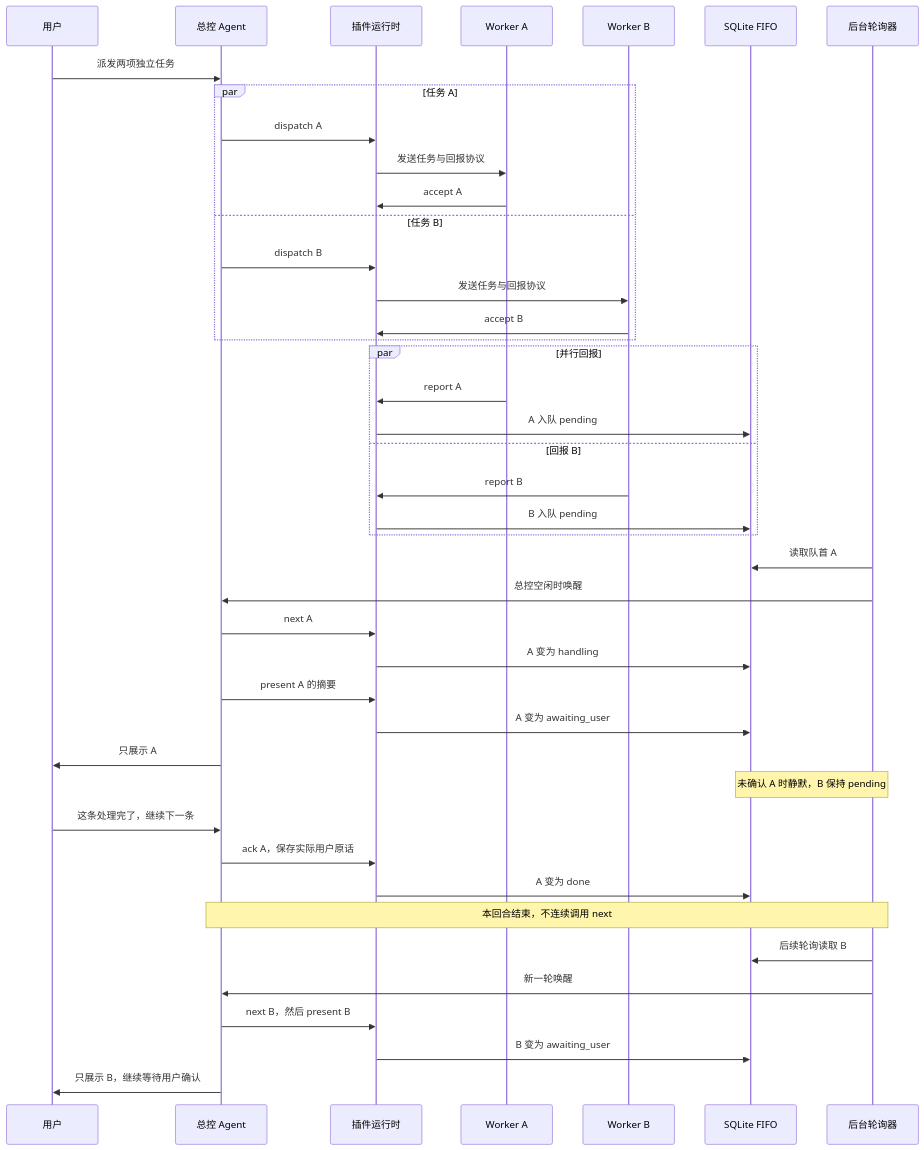
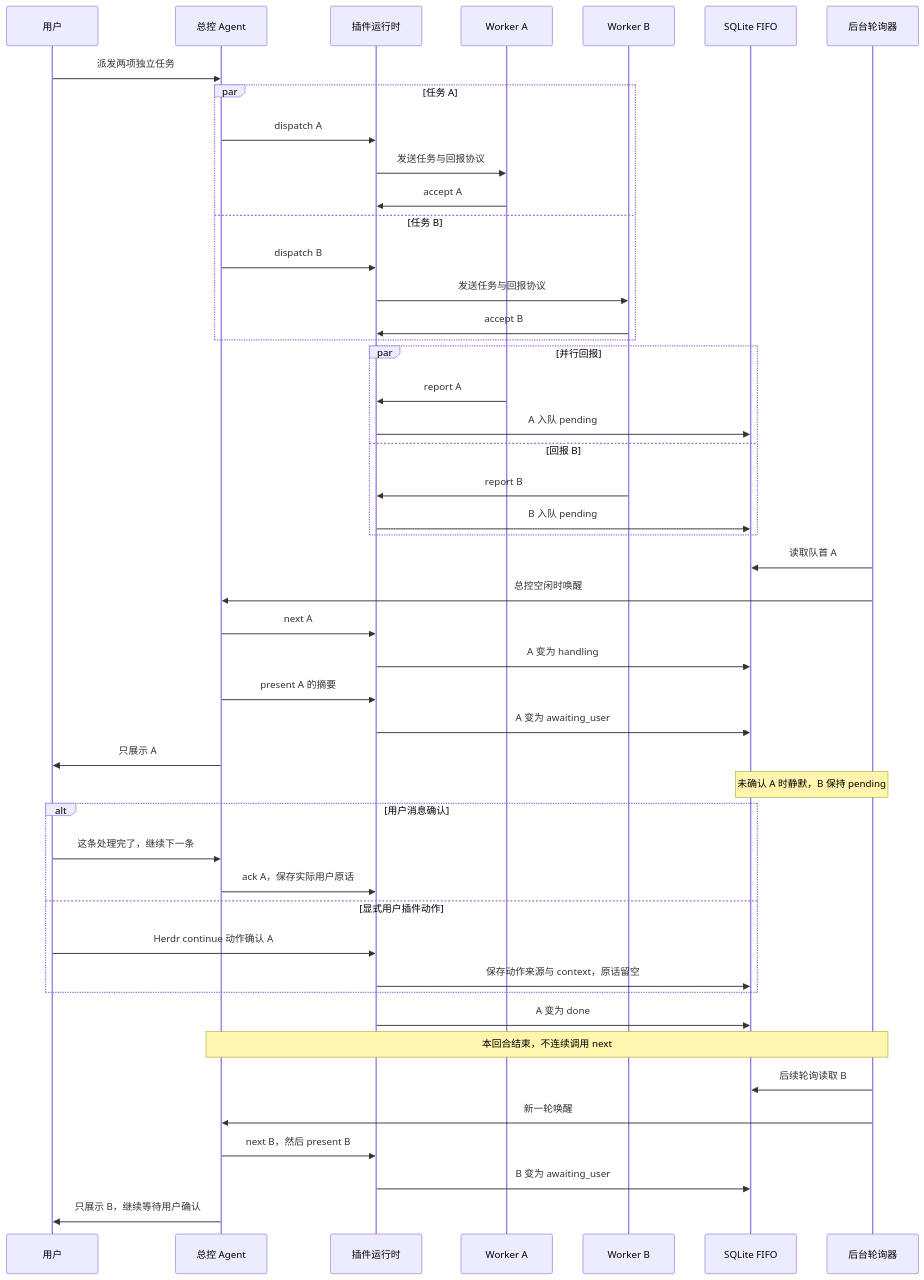
One commit to MarvelXXX/herdr-orchestrator-plugin changed the second of 2 diagrams in README.md. Above: the diagram before and after it, drawn with Mermaid. The commit also changed other lines of this file and 9 other files, not shown here.

````diff
--- a/README.md
+++ b/README.md
@@ -100,44 +140,49 @@
 ```mermaid
 sequenceDiagram
     participant User as 用户
     participant Coordinator as 总控 Agent
     participant Runtime as 插件运行时
     participant WorkerA as Worker A
     participant WorkerB as Worker B
     participant Queue as SQLite FIFO
     participant Poller as 后台轮询器
     User->>Coordinator: 派发两项独立任务
     par 任务 A
         Coordinator->>Runtime: dispatch A
         Runtime->>WorkerA: 发送任务与回报协议
         WorkerA->>Runtime: accept A
     and 任务 B
         Coordinator->>Runtime: dispatch B
         Runtime->>WorkerB: 发送任务与回报协议
         WorkerB->>Runtime: accept B
     end
     par 并行回报
         WorkerA->>Runtime: report A
         Runtime->>Queue: A 入队 pending
     and 回报 B
         WorkerB->>Runtime: report B
         Runtime->>Queue: B 入队 pending
     end
     Poller->>Queue: 读取队首 A
     Poller->>Coordinator: 总控空闲时唤醒
     Coordinator->>Runtime: next A
     Runtime->>Queue: A 变为 handling
     Coordinator->>Runtime: present A 的摘要
     Runtime->>Queue: A 变为 awaiting_user
     Coordinator->>User: 只展示 A
     Note over Queue,Poller: 未确认 A 时静默，B 保持 pending
-    User->>Coordinator: 这条处理完了，继续下一条
-    Coordinator->>Runtime: ack A，保存实际用户原话
+    alt 用户消息确认
+        User->>Coordinator: 这条处理完了，继续下一条
+        Coordinator->>Runtime: ack A，保存实际用户原话
+    else 显式用户插件动作
+        User->>Runtime: Herdr continue 动作确认 A
+        Runtime->>Queue: 保存动作来源与 context，原话留空
+    end
     Runtime->>Queue: A 变为 done
     Note over Coordinator,Poller: 本回合结束，不连续调用 next
     Poller->>Queue: 后续轮询读取 B
     Poller->>Coordinator: 新一轮唤醒
     Coordinator->>Runtime: next B，然后 present B
     Runtime->>Queue: B 变为 awaiting_user
     Coordinator->>User: 只展示 B，继续等待用户确认
 ```
````
